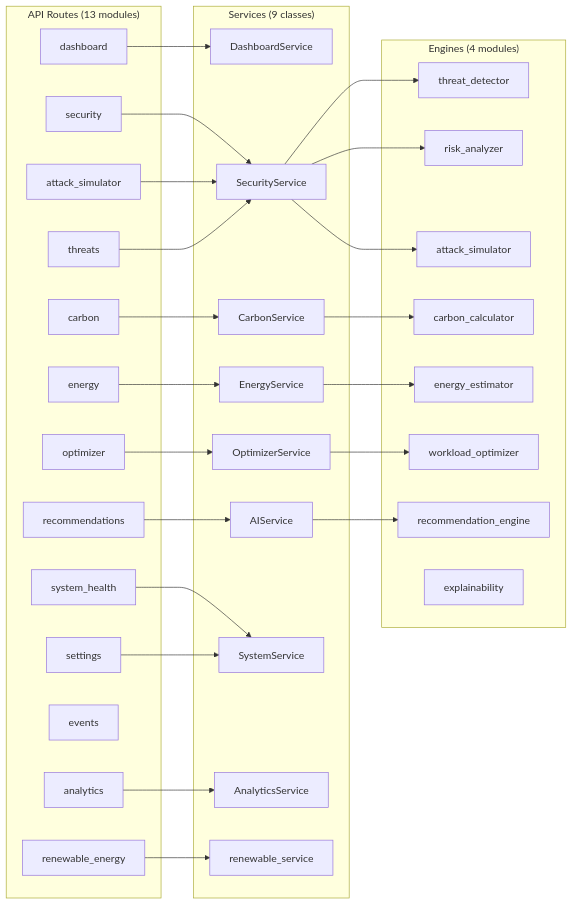
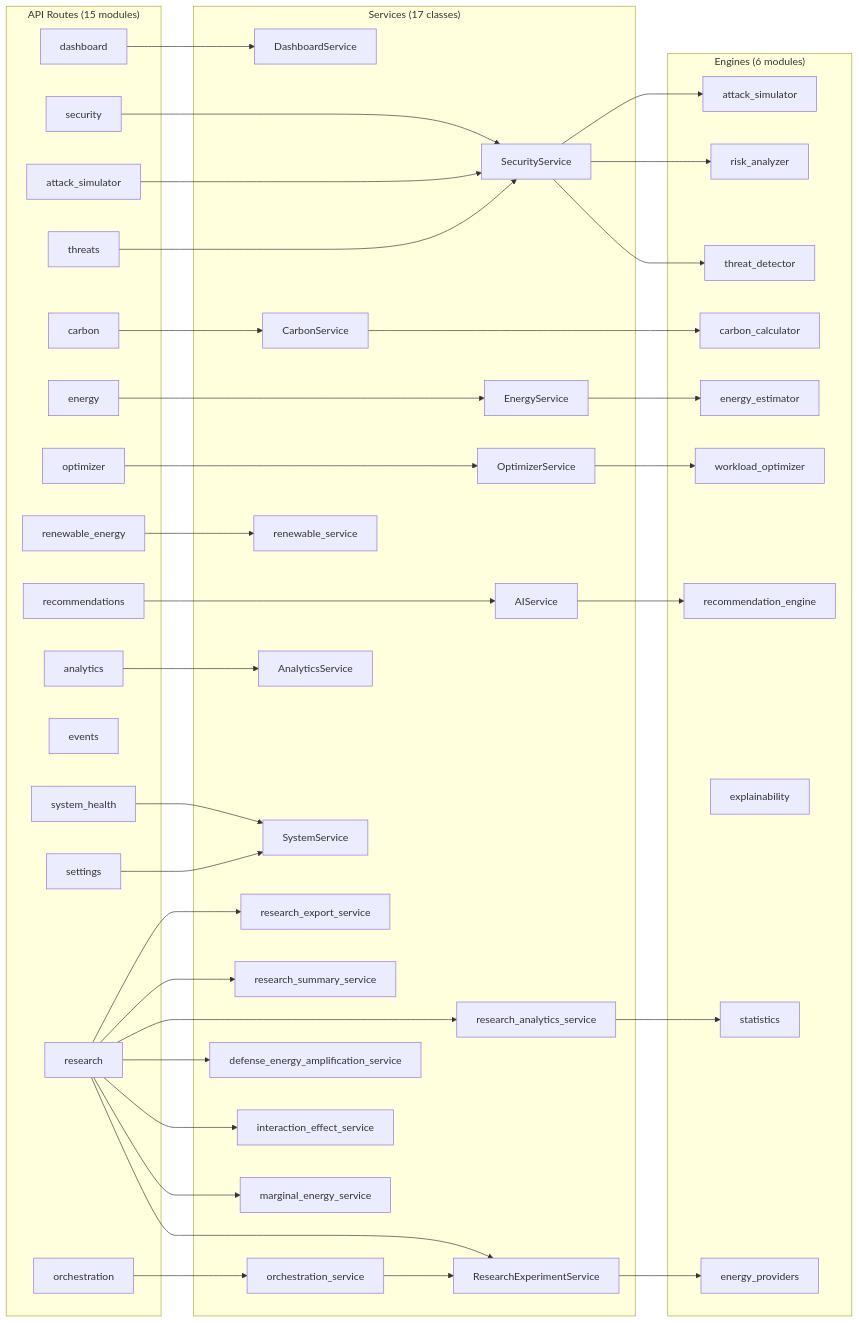
The second of 5 diagrams in docs/architecture.md (madhurpanpaliya267-web/CarbonGuard), drawn with Mermaid before and after one commit. The commit also changed other lines of this file and 5 other files, not shown here.

````diff
--- a/docs/architecture.md
+++ b/docs/architecture.md
@@ -58,6 +58,6 @@
 ```mermaid
 graph LR
-    subgraph API["API Routes (13 modules)"]
+    subgraph API["API Routes (15 modules)"]
         A1[dashboard]
         A2[security]
         A3[attack_simulator]
@@ -71,9 +71,11 @@
         A11[events]
         A12[system_health]
         A13[settings]
+        A14[research]
+        A15[orchestration]
     end
 
-    subgraph Services["Services (9 classes)"]
+    subgraph Services["Services (17 classes)"]
         S1[DashboardService]
         S2[SecurityService]
         S3[CarbonService]
@@ -83,9 +85,17 @@
         S7[SystemService]
         S8[AnalyticsService]
         S9[renewable_service]
+        S10[ResearchExperimentService]
+        S11[orchestration_service]
+        S12[marginal_energy_service]
+        S13[interaction_effect_service]
+        S14[defense_energy_amplification_service]
+        S15[research_analytics_service]
+        S16[research_summary_service]
+        S17[research_export_service]
     end
 
-    subgraph Engines["Engines (4 modules)"]
+    subgraph Engines["Engines (6 modules)"]
         E1[threat_detector]
         E2[risk_analyzer]
         E3[attack_simulator]
@@ -94,6 +104,8 @@
         E6[workload_optimizer]
         E7[recommendation_engine]
         E8[explainability]
+        E9[energy_providers]
+        E10[statistics]
     end
 
     A1 --> S1
@@ -108,6 +120,15 @@
     A10 --> S8
     A12 --> S7
     A13 --> S7
+    A14 --> S10
+    A14 --> S12
+    A14 --> S13
+    A14 --> S14
+    A14 --> S15
+    A14 --> S16
+    A14 --> S17
+    A15 --> S11
+    S11 --> S10
 
     S2 --> E1
     S2 --> E2
@@ -116,4 +137,6 @@
     S4 --> E5
     S5 --> E6
     S6 --> E7
+    S10 --> E9
+    S15 --> E10
 ```
````
